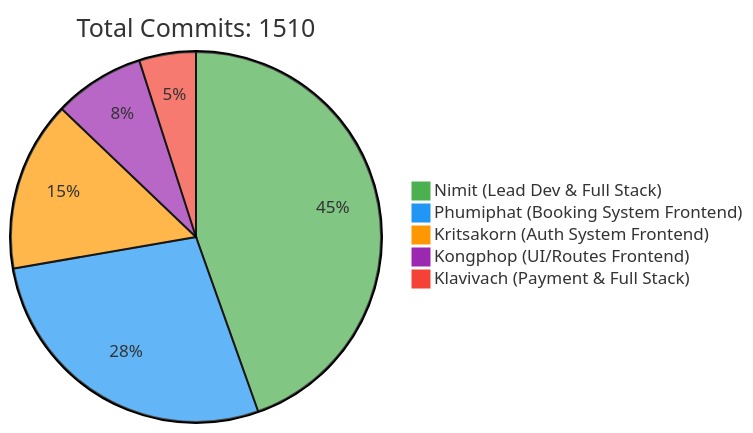
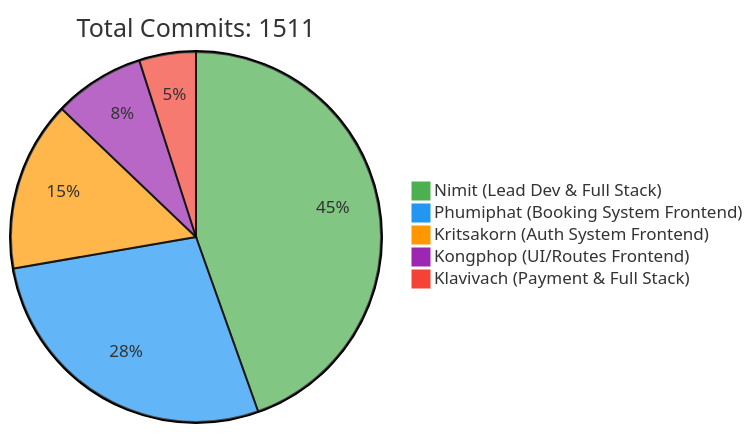
The first of 2 diagrams in README.md (6531503042/Sport-Complex), drawn with Mermaid before and after one commit. The commit also changed other lines of this file, not shown here.

Commit message:
docs: Update contributor statistics [skip ci]

````diff
--- a/README.md
+++ b/README.md
@@ -257,10 +257,10 @@
 ```mermaid
 %%{init: {'theme': 'base', 'themeVariables': { 'pie1': '#4CAF50', 'pie2': '#2196F3', 'pie3': '#FF9800', 'pie4': '#9C27B0', 'pie5': '#F44336'}}}%%
 pie
-    title Total Commits: 1510
+    title Total Commits: 1511
     "Nimit (Lead Dev & Full Stack)" : 450
     "Phumiphat (Booking System Frontend)" : 280
     "Kritsakorn (Auth System Frontend)" : 150
     "Kongphop (UI/Routes Frontend)" : 80
     "Klavivach (Payment & Full Stack)" : 50
 ```
````
